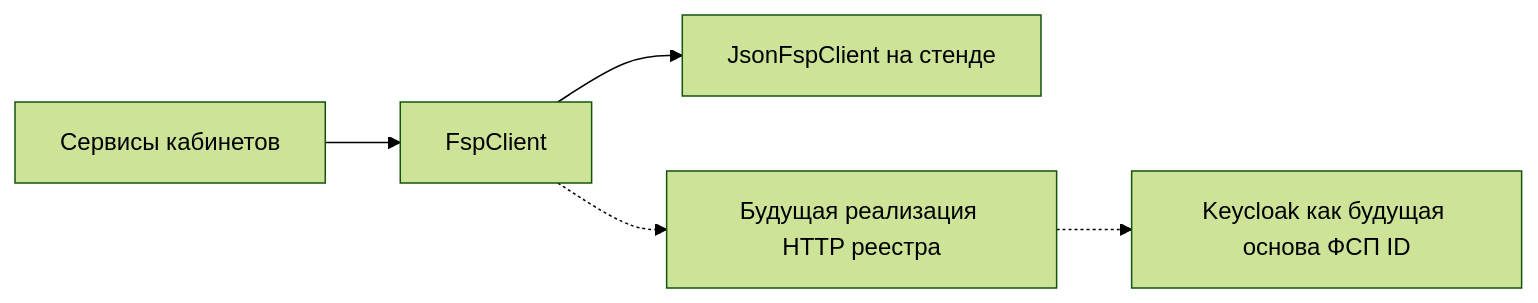
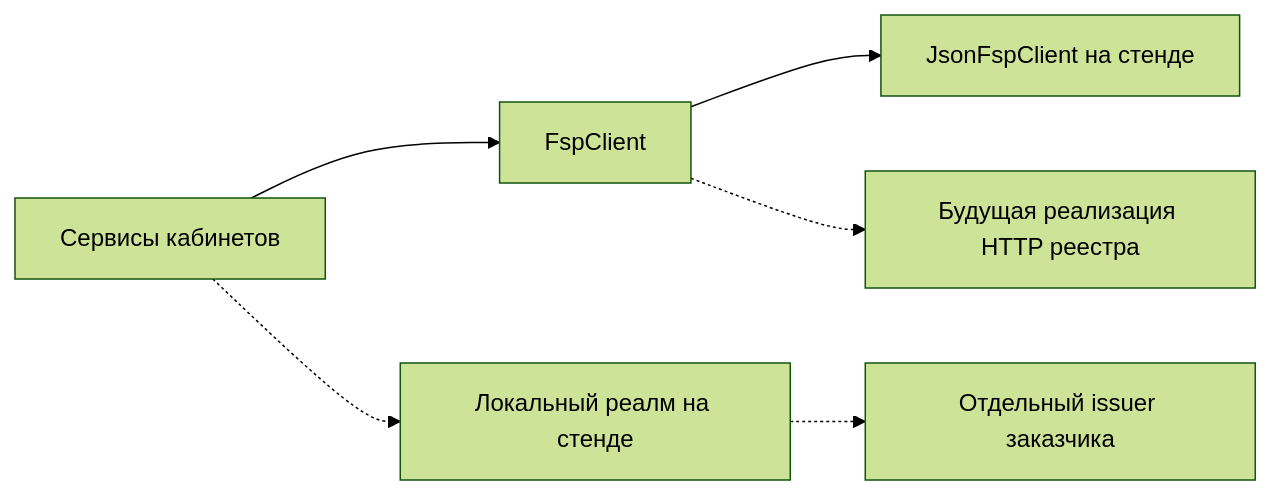
Before and after one commit to unhexx/hackaton_exception_expert: the fourth of 4 diagrams in track/lct-fsp-vacancies/05-reshenie.md, drawn with Mermaid (forest theme). The commit also changed other lines of this file, not shown here.

Commit message:
Уточнил в решении, что локальный Keycloak — контейнер рядом с приложением.

````diff
--- a/track/lct-fsp-vacancies/05-reshenie.md
+++ b/track/lct-fsp-vacancies/05-reshenie.md
@@ -527,7 +527,8 @@
 ```mermaid
 flowchart LR
   app[Сервисы кабинетов] --> client[FspClient]
   client --> json[JsonFspClient на стенде]
   client -.-> http[Будущая реализация HTTP реестра]
-  http -.-> idp[Keycloak как будущая основа ФСП ID]
+  app -.-> realm[Локальный реалм на стенде]
+  realm -.-> issuer[Отдельный issuer заказчика]
 ```
````
